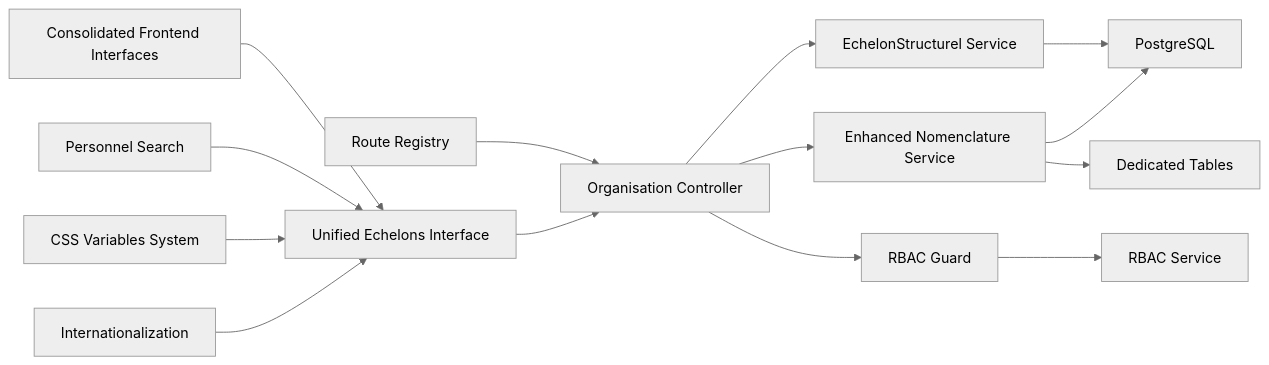
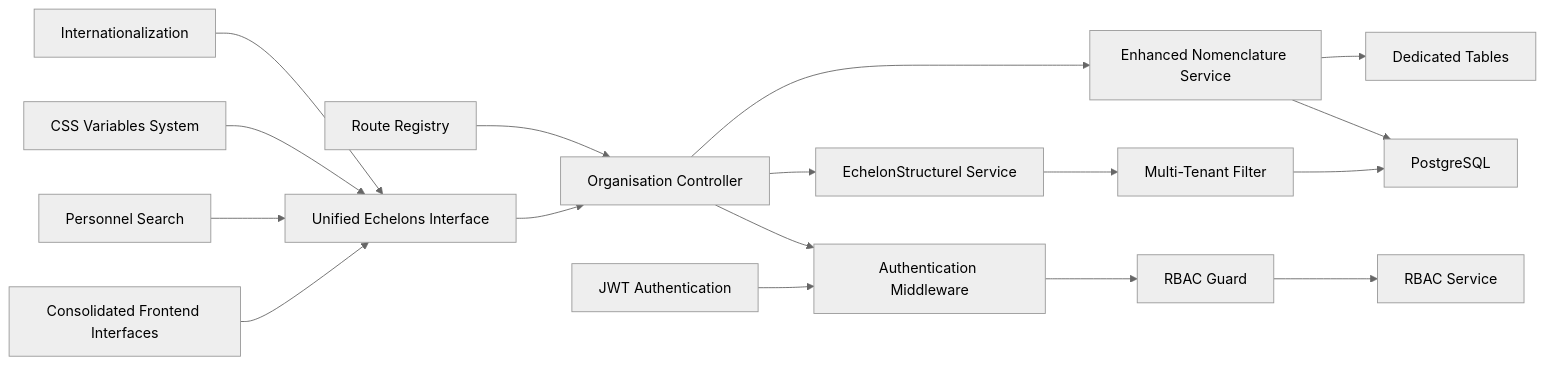
The tenth of 10 diagrams in .qoder/repowiki/en/content/Human Resources Management/Personnel Administration/Organizational Structure.md (franckylab/eLISAschool), drawn with Mermaid (neutral theme) before and after one commit. The commit also changed other lines of this file and 49 other files, not shown here.

````diff
--- a/.qoder/repowiki/en/content/Human Resources Management/Personnel Administration/Organizational Structure.md
+++ b/.qoder/repowiki/en/content/Human Resources Management/Personnel Administration/Organizational Structure.md
@@ -453,16 +570,19 @@
 ```mermaid
 graph LR
 Route["Route Registry"] --> OrgCtrl["Organisation Controller"]
+OrgCtrl --> Auth["Authentication Middleware"]
+Auth --> RbacGuard["RBAC Guard"]
+RbacGuard --> RbacSvc["RBAC Service"]
 OrgCtrl --> EchelonSvc["EchelonStructurel Service"]
 OrgCtrl --> NomenclatureSvc["Enhanced Nomenclature Service"]
-EchelonSvc --> DB["PostgreSQL"]
+EchelonSvc --> MultiTenant["Multi-Tenant Filter"]
+MultiTenant --> DB["PostgreSQL"]
 NomenclatureSvc --> DB
 NomenclatureSvc --> NomenclatureTables["Dedicated Tables"]
-OrgCtrl --> RbacGuard["RBAC Guard"]
-RbacGuard --> RbacSvc["RBAC Service"]
 Frontend["Consolidated Frontend Interfaces"] --> UnifiedInterface["Unified Echelons Interface"]
 UnifiedInterface --> OrgCtrl
 PersonnelSearch["Personnel Search"] --> UnifiedInterface
 CSSVariables["CSS Variables System"] --> UnifiedInterface
 I18nSupport["Internationalization"] --> UnifiedInterface
+JWT["JWT Authentication"] --> Auth
 ```
````
